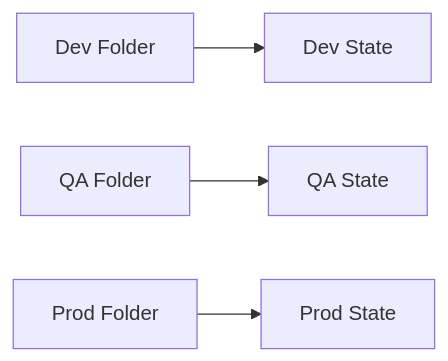
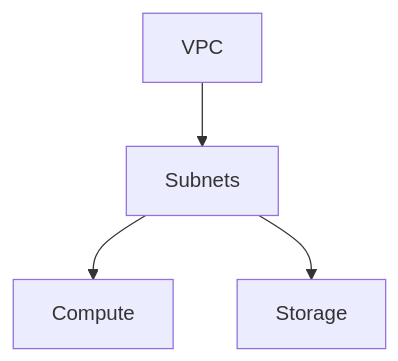
The second of 3 diagrams in 05_Terraform_+_Cloud/05.01-Terraform_with_Cloud.md (arira-ai/ar_terraform), drawn with Mermaid before and after one commit. The commit also changed other lines of this file, not shown here.

````diff
--- a/05_Terraform_+_Cloud/05.01-Terraform_with_Cloud.md
+++ b/05_Terraform_+_Cloud/05.01-Terraform_with_Cloud.md
@@ -70,6 +73,6 @@
 ```mermaid
-flowchart LR
-A[Dev Folder] --> B[Dev State]
-C[QA Folder] --> D[QA State]
-E[Prod Folder] --> F[Prod State]
+flowchart TD
+A[VPC] --> B[Subnets]
+B --> C[Compute]
+B --> D[Storage]
 ```
````
